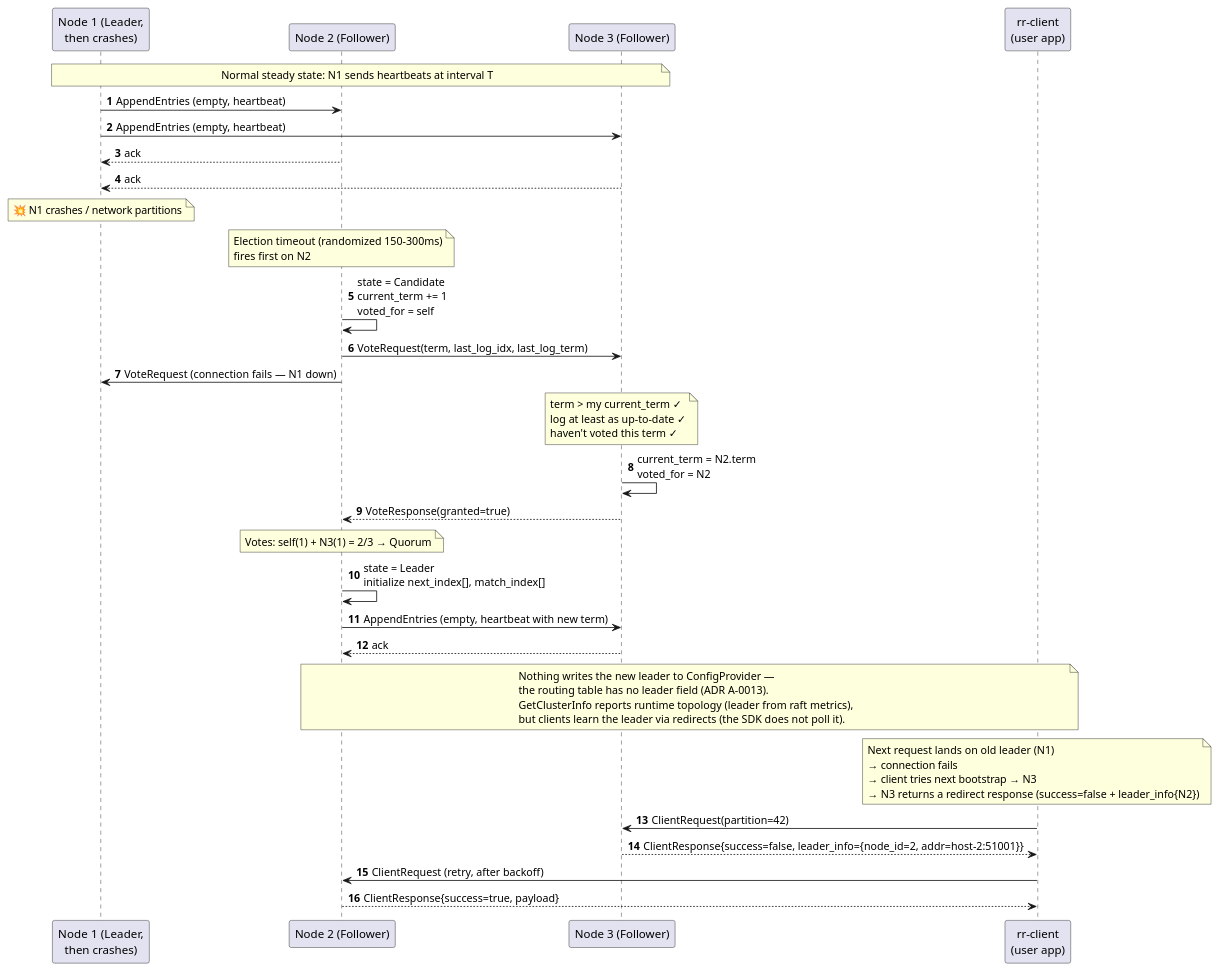
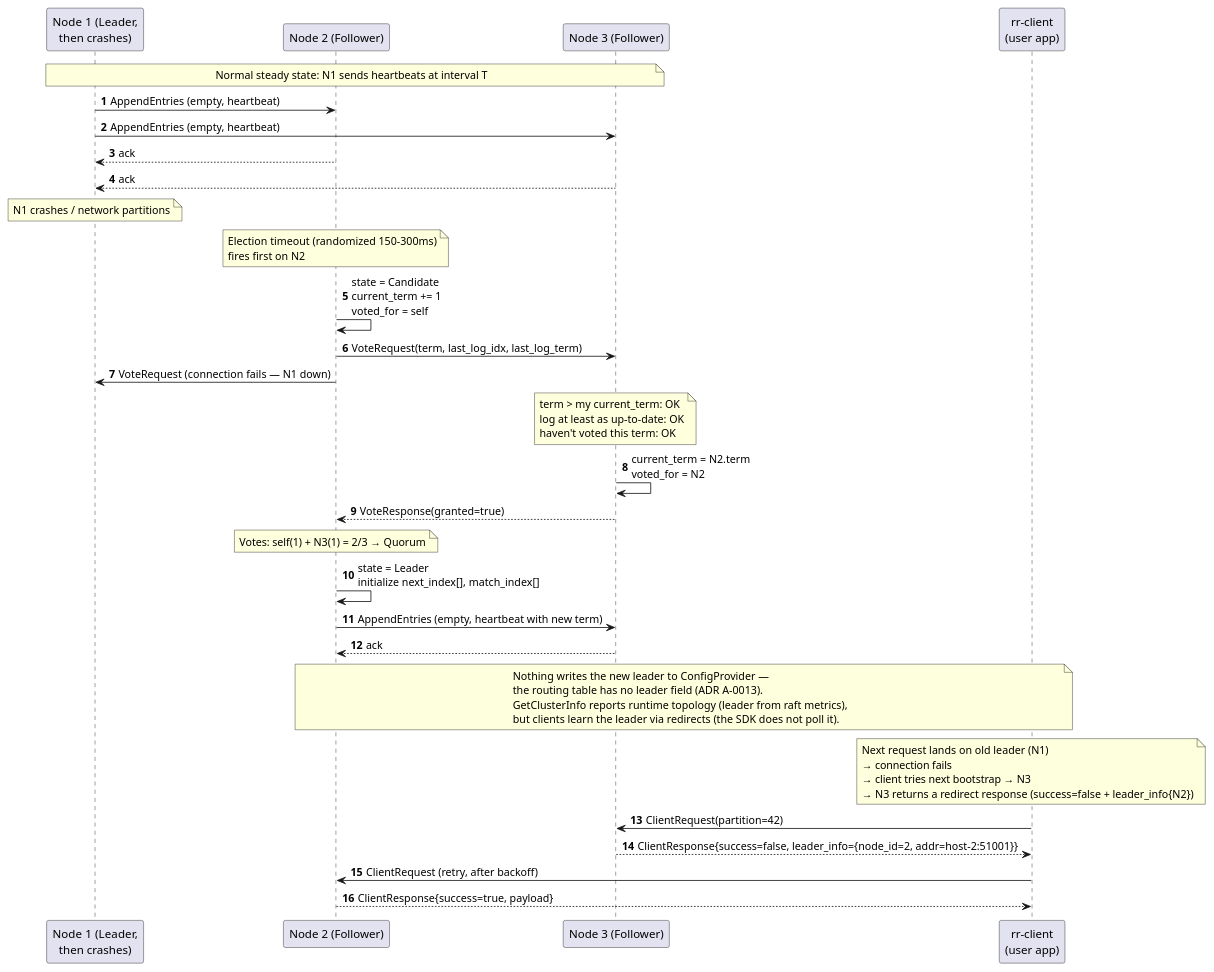
The second of 3 diagrams in docs/docs/architecture/c4/dynamic-leader-election.md (gardenias/rr), drawn with PlantUML before and after one commit. The commit also changed other lines of this file and 130 other files, not shown here.

````diff
--- a/docs/docs/architecture/c4/dynamic-leader-election.md
+++ b/docs/docs/architecture/c4/dynamic-leader-election.md
@@ -49,40 +48,40 @@
 ```plantuml
 @startuml
 autonumber
 participant N1 as "Node 1 (Leader,\nthen crashes)"
 participant N2 as "Node 2 (Follower)"
 participant N3 as "Node 3 (Follower)"
 participant Client as "rr-client\n(user app)"
 
 note over N1, N3 : Normal steady state: N1 sends heartbeats at interval T
 N1 -> N2 : AppendEntries (empty, heartbeat)
 N1 -> N3 : AppendEntries (empty, heartbeat)
 N2 --> N1 : ack
 N3 --> N1 : ack
 
-note over N1 : 💥 N1 crashes / network partitions
+note over N1 : N1 crashes / network partitions
 
 note over N2 : Election timeout (randomized 150-300ms)\nfires first on N2
 N2 -> N2 : state = Candidate\ncurrent_term += 1\nvoted_for = self
 N2 -> N3 : VoteRequest(term, last_log_idx, last_log_term)
 N2 -> N1 : VoteRequest (connection fails — N1 down)
 
-note over N3 : term > my current_term ✓\nlog at least as up-to-date ✓\nhaven't voted this term ✓
+note over N3 : term > my current_term: OK\nlog at least as up-to-date: OK\nhaven't voted this term: OK
 N3 -> N3 : current_term = N2.term\nvoted_for = N2
 N3 --> N2 : VoteResponse(granted=true)
 
 note over N2 : Votes: self(1) + N3(1) = 2/3 → Quorum
 N2 -> N2 : state = Leader\ninitialize next_index[], match_index[]
 
 N2 -> N3 : AppendEntries (empty, heartbeat with new term)
 N3 --> N2 : ack
 
 note over N2, Client : Nothing writes the new leader to ConfigProvider —\nthe routing table has no leader field (ADR A-0013).\nGetClusterInfo reports runtime topology (leader from raft metrics),\nbut clients learn the leader via redirects (the SDK does not poll it).
 
 note over Client : Next request lands on old leader (N1)\n→ connection fails\n→ client tries next bootstrap → N3\n→ N3 returns a redirect response (success=false + leader_info{N2})
 Client -> N3 : ClientRequest(partition=42)
 N3 --> Client : ClientResponse{success=false, leader_info={node_id=2, addr=host-2:51001}}
 Client -> N2 : ClientRequest (retry, after backoff)
 N2 --> Client : ClientResponse{success=true, payload}
 @enduml
 ```
````
